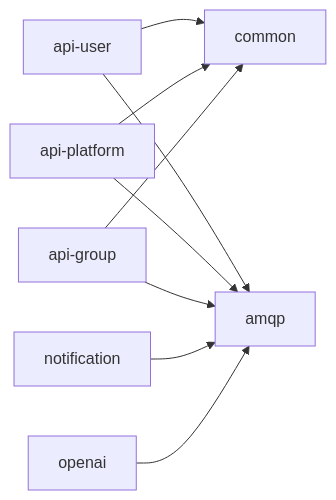
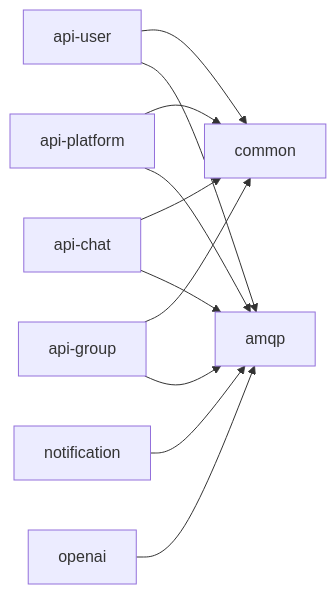
The third of 6 diagrams in docs/ARCHITECTURE.md (dragos-galeteanu/trip-huddle-backend), drawn with Mermaid before and after one commit. The commit also changed other lines of this file and 5 other files, not shown here.

Commit message:
Update docs after adding push notifications, websockets and `api-chat`

````diff
--- a/docs/ARCHITECTURE.md
+++ b/docs/ARCHITECTURE.md
@@ -85,11 +94,13 @@
 ```mermaid
 flowchart LR
     U[api-user] --> CM[common]
     P[api-platform] --> CM
     G[api-group] --> CM
+    CH[api-chat] --> CM
+    CH --> A
     U --> A[amqp]
     P --> A
     G --> A
     N[notification] --> A
     O[openai] --> A
 ```
````
